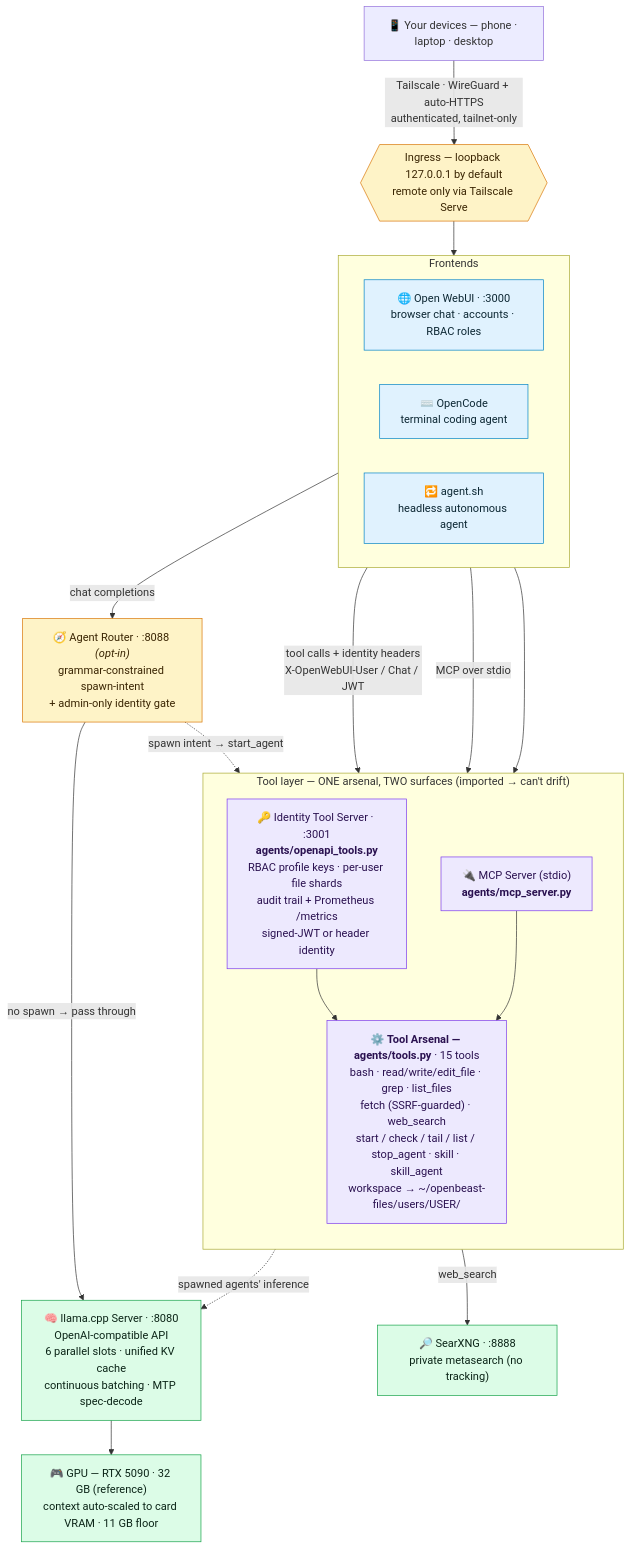
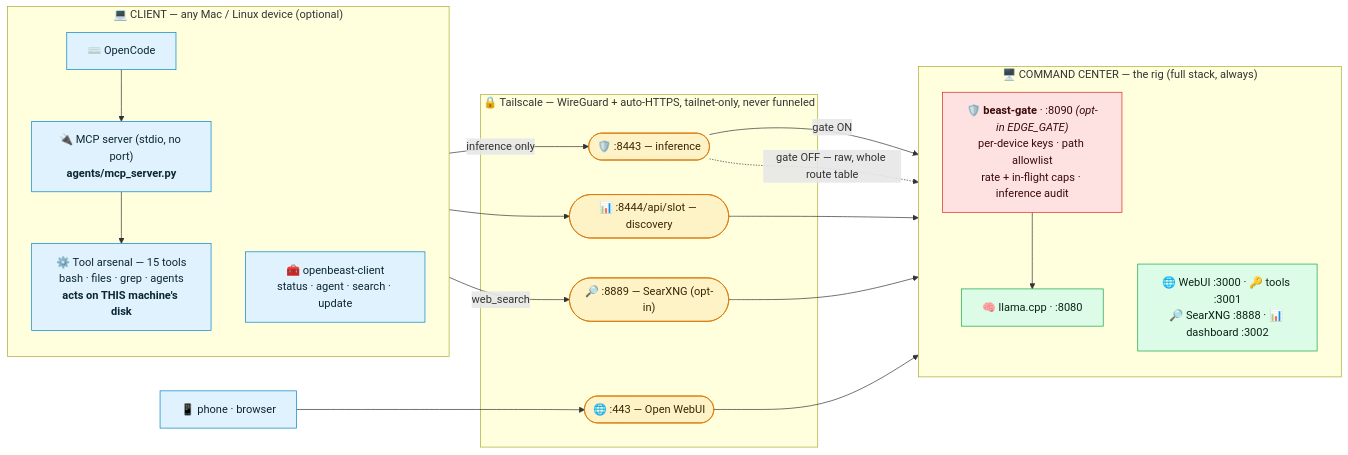
One commit to MaximilianKhan/openbeast changed the diagram in README.md. Above: the diagram before and after it, drawn with Mermaid. The commit also changed other lines of this file and 2 other files, not shown here.

First paragraph of the commit message:
docs: redraw the architecture for the client/server + beast-gate reality
The primary diagram showed a single-box stack, which stopped being true when
the client/server split and the inference edge landed.

````diff
--- a/README.md
+++ b/README.md
@@ -172,49 +172,46 @@
 ```mermaid
-flowchart TB
-    dev["📱 Your devices — phone · laptop · desktop"]
-    dev -->|"Tailscale · WireGuard + auto-HTTPS<br/>authenticated, tailnet-only"| edge
-    edge{{"Ingress — loopback 127.0.0.1 by default<br/>remote only via Tailscale Serve"}}
-
-    subgraph FE["Frontends"]
-        direction LR
-        webui["🌐 Open WebUI · :3000<br/>browser chat · accounts · RBAC roles"]
-        opencode["⌨️ OpenCode<br/>terminal coding agent"]
-        agentsh["🔁 agent.sh<br/>headless autonomous agent"]
-    end
-    edge --> webui
-
-    subgraph TOOLS["Tool layer — ONE arsenal, TWO surfaces (imported → can't drift)"]
+flowchart LR
+    subgraph CLIENT["💻 CLIENT — any Mac / Linux device (optional)"]
         direction TB
-        its["🔑 Identity Tool Server · :3001<br/><b>agents/openapi_tools.py</b><br/>RBAC profile keys · per-user file shards<br/>audit trail + Prometheus /metrics<br/>signed-JWT or header identity"]
-        mcp["🔌 MCP Server (stdio)<br/><b>agents/mcp_server.py</b>"]
-        arsenal["⚙️ <b>Tool Arsenal — agents/tools.py</b> · 15 tools<br/>bash · read/write/edit_file · grep · list_files<br/>fetch (SSRF-guarded) · web_search<br/>start / check / tail / list / stop_agent · skill · skill_agent<br/>workspace → ~/openbeast-files/users/USER/"]
-        its --> arsenal
-        mcp --> arsenal
+        coc["⌨️ OpenCode"]
+        cmcp["🔌 MCP server (stdio, no port)<br/><b>agents/mcp_server.py</b>"]
+        ctools["⚙️ Tool arsenal — 15 tools<br/>bash · files · grep · agents<br/><b>acts on THIS machine's disk</b>"]
+        ccli["🧰 openbeast-client<br/>status · agent · search · update"]
+        coc --> cmcp --> ctools
     end
 
-    webui -->|"tool calls + identity headers<br/>X-OpenWebUI-User / Chat / JWT"| its
-    opencode -->|"MCP over stdio"| mcp
-    agentsh --> arsenal
+    subgraph TAILNET["🔒 Tailscale — WireGuard + auto-HTTPS, tailnet-only, never funneled"]
+        p8443(["🛡️ :8443 — inference"])
+        p8444(["📊 :8444/api/slot — discovery"])
+        p8889(["🔎 :8889 — SearXNG (opt-in)"])
+        p443(["🌐 :443 — Open WebUI"])
+    end
 
-    router["🧭 Agent Router · :8088 <i>(opt-in)</i><br/>grammar-constrained spawn-intent<br/>+ admin-only identity gate"]
-    webui -->|"chat completions"| router
-    router -->|"no spawn → pass through"| llama
-    router -.->|"spawn intent → start_agent"| its
+    subgraph RIG["🖥️ COMMAND CENTER — the rig (full stack, always)"]
+        direction TB
+        gate["🛡️ <b>beast-gate</b> · :8090 <i>(opt-in EDGE_GATE)</i><br/>per-device keys · path allowlist<br/>rate + in-flight caps · inference audit"]
+        llama2["🧠 llama.cpp · :8080"]
+        rest["🌐 WebUI :3000 · 🔑 tools :3001<br/>🔎 SearXNG :8888 · 📊 dashboard :3002"]
+        gate --> llama2
+    end
 
-    arsenal -->|"web_search"| searxng
-    arsenal -.->|"spawned agents' inference"| llama
+    ctools -->|"inference only"| p8443
+    ctools -->|"web_search"| p8889
+    ccli --> p8444
+    phone["📱 phone · browser"] --> p443
 
-    searxng["🔎 SearXNG · :8888<br/>private metasearch (no tracking)"]
-    llama["🧠 llama.cpp Server · :8080<br/>OpenAI-compatible API<br/>6 parallel slots · unified KV cache<br/>continuous batching · MTP spec-decode"]
-    gpu["🎮 GPU — RTX 5090 · 32 GB (reference)<br/>context auto-scaled to card VRAM · 11 GB floor"]
-    llama --> gpu
+    p8443 -->|"gate ON"| gate
+    p8443 -.->|"gate OFF — raw, whole route table"| llama2
+    p8444 --> rest
+    p8889 --> rest
+    p443 --> rest
 
-    classDef fe fill:#e0f2fe,stroke:#0284c7,color:#0c2733;
-    classDef tool fill:#ede9fe,stroke:#7c3aed,color:#2a1150;
-    classDef inf fill:#dcfce7,stroke:#16a34a,color:#0b2417;
-    classDef sec fill:#fef3c7,stroke:#d97706,color:#3a2503;
-    class webui,opencode,agentsh fe;
-    class its,mcp,arsenal tool;
-    class llama,gpu,searxng inf;
-    class edge,router sec;
+    classDef cli fill:#e0f2fe,stroke:#0284c7,color:#0c2733;
+    classDef net fill:#fef3c7,stroke:#d97706,color:#3a2503;
+    classDef rig fill:#dcfce7,stroke:#16a34a,color:#0b2417;
+    classDef sec fill:#fee2e2,stroke:#dc2626,color:#3b0a0a;
+    class coc,cmcp,ctools,ccli,phone cli;
+    class p8443,p8444,p8889,p443 net;
+    class llama2,rest rig;
+    class gate sec;
 ```
````
